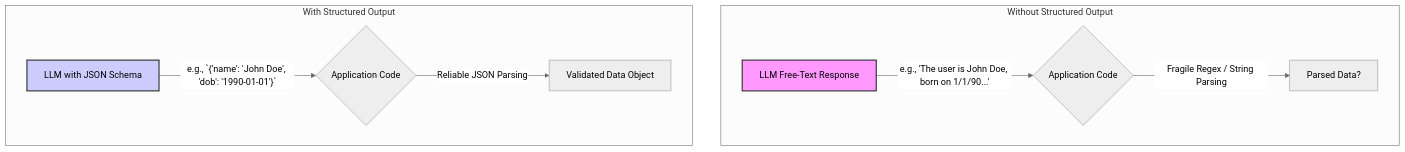
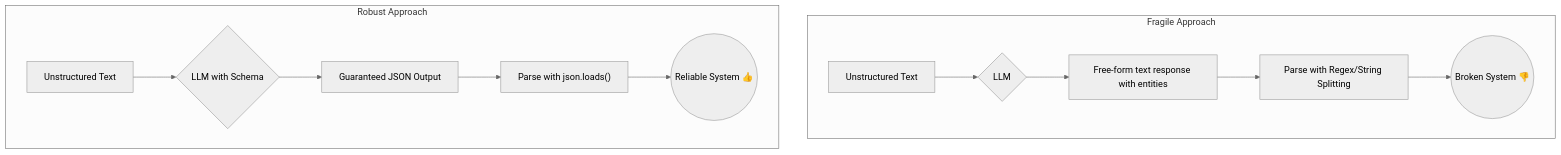
One commit to towardsai/agentic-ai-engineering-course changed the second of 2 diagrams in lessons/05_tools_functions_structured_outputs/article.md. Above: the diagram before and after it, drawn with Mermaid (neutral theme). The commit also changed other lines of this file and 1 other file, not shown here.

````diff
--- a/lessons/05_tools_functions_structured_outputs/article.md
+++ b/lessons/05_tools_functions_structured_outputs/article.md
@@ -210,15 +245,16 @@
 ```mermaid
 graph TD
-    subgraph "Without Structured Output"
-        A[LLM Free-Text Response] -- "e.g., 'The user is John Doe, born on 1/1/90...'" --> B{Application Code};
-        B -- "Fragile Regex / String Parsing" --> C[Parsed Data?];
+    subgraph Fragile Approach
+        A[Unstructured Text] --> B{LLM};
+        B --> C["Free-form text response with entities"];
+        C --> D["Parse with Regex/String Splitting"];
+        D --> E((Broken System 👎));
     end
 
-    subgraph "With Structured Output"
-        D[LLM with JSON Schema] -- "e.g., `{'name': 'John Doe', 'dob': '1990-01-01'}`" --> E{Application Code};
-        E -- "Reliable JSON Parsing" --> F[Validated Data Object];
+    subgraph Robust Approach
+        F[Unstructured Text] --> G{LLM with Schema};
+        G --> H["Guaranteed JSON Output"];
+        H --> I["Parse with json.loads()"];
+        I --> J((Reliable System 👍));
     end
-
-    style A fill:#f9f,stroke:#333,stroke-width:2px
-    style D fill:#ccf,stroke:#333,stroke-width:2px
 ```
````
